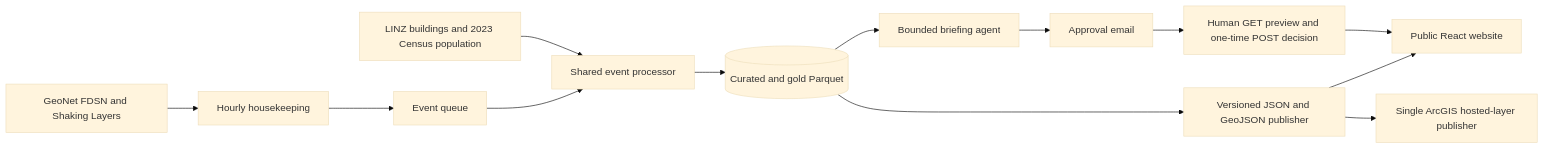
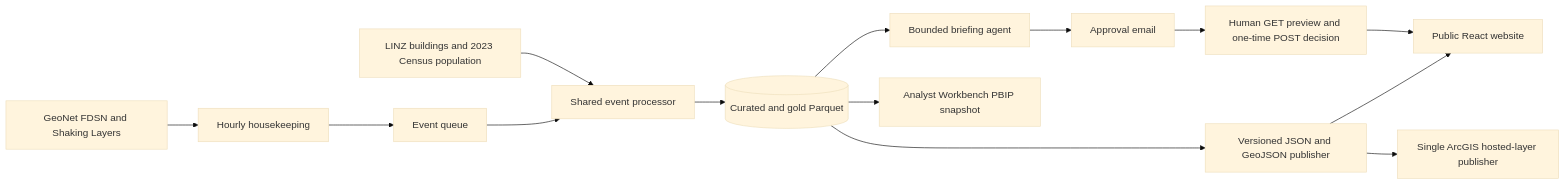
The diagram in README.md (liyang6620/nz-hazard-exposure-monitor), drawn with Mermaid (base theme) before and after one commit. The commit also changed other lines of this file and 73 other files, not shown here.

Commit message:
Add Analyst Workbench site and live-event Power BI model

````diff
--- a/README.md
+++ b/README.md
@@ -23,15 +30,16 @@
 ```mermaid
 flowchart LR
     G[GeoNet FDSN and Shaking Layers] --> H[Hourly housekeeping]
     H --> Q[Event queue]
     Q --> C[Shared event processor]
     L[LINZ buildings and 2023 Census population] --> C
     C --> D[(Curated and gold Parquet)]
     D --> P[Versioned JSON and GeoJSON publisher]
     P --> W[Public React website]
     D --> B[Bounded briefing agent]
     B --> E[Approval email]
     E --> R[Human GET preview and one-time POST decision]
     R --> W
+    D --> PB[Analyst Workbench PBIP snapshot]
     P --> A[Single ArcGIS hosted-layer publisher]
 ```
````
